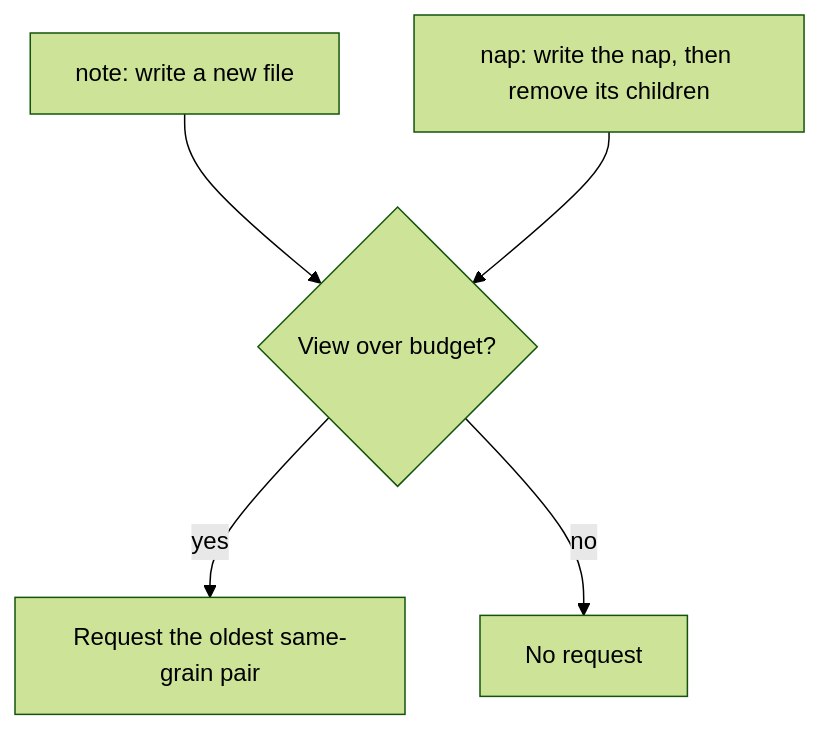
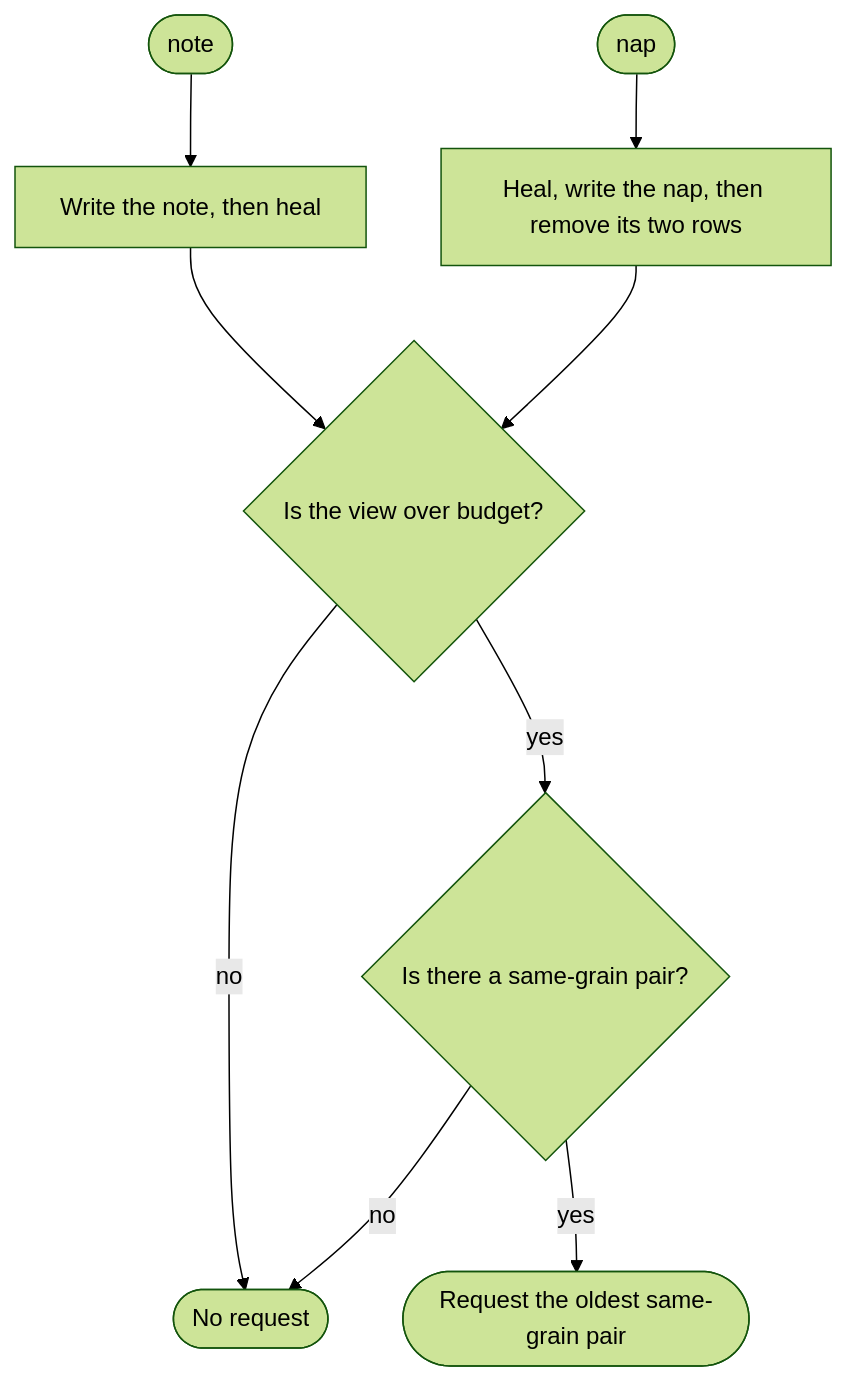
Before and after one commit to Texarkanine/SumMem: the first of 2 diagrams in docs/architecture/view-and-folding.md, drawn with Mermaid (forest theme). The commit also changed other lines of this file and 7 other files, not shown here.

````diff
--- a/docs/architecture/view-and-folding.md
+++ b/docs/architecture/view-and-folding.md
@@ -31,7 +43,11 @@
 ```mermaid
 flowchart TD
-    Note["note: write a new file"] --> Over{"View over budget?"}
-    Nap["nap: write the nap, then remove its children"] --> Over
-    Over -->|yes| Pair["Request the oldest same-grain pair"]
-    Over -->|no| Done["No request"]
+    Note(["note"]) --> WriteNote["Write the note, then heal"]
+    Nap(["nap"]) --> WriteNap["Heal, write the nap, then remove its two rows"]
+    WriteNote --> Over{"Is the view over budget?"}
+    WriteNap --> Over
+    Over -->|no| None(["No request"])
+    Over -->|yes| Pair{"Is there a same-grain pair?"}
+    Pair -->|no| None
+    Pair -->|yes| Request(["Request the oldest same-grain pair"])
 ```
````
